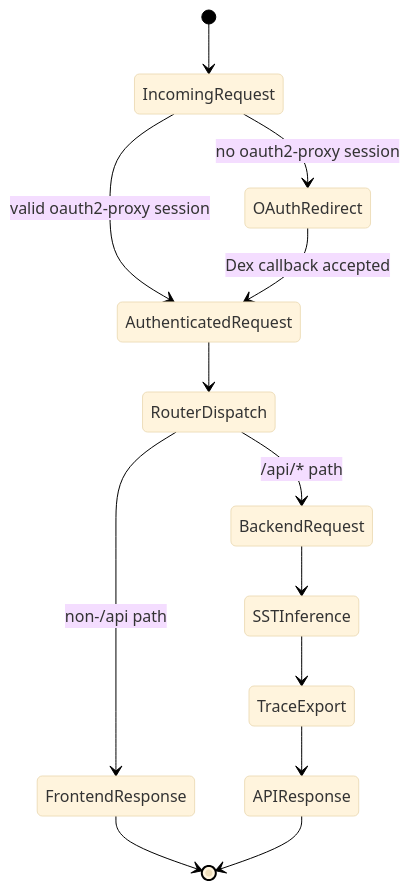
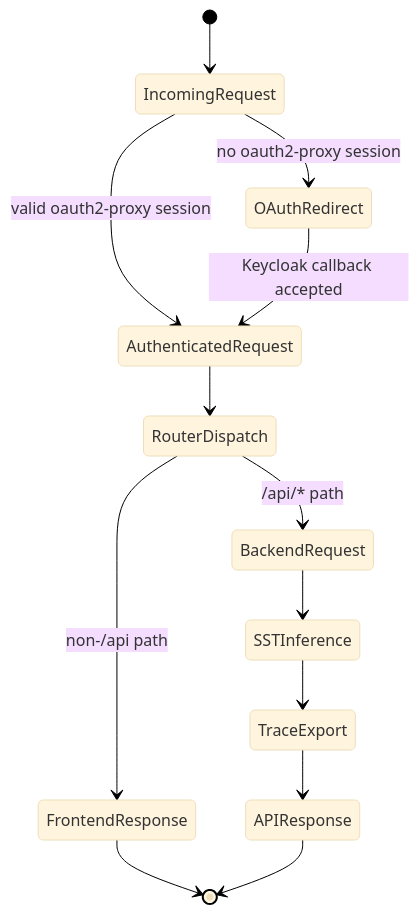
One commit to nickromney/platform changed the diagram in terraform/kubernetes/docs/diagrams/apps-c4/05-state-sentiment-backend-mode.mmd. Above: the diagram before and after it, drawn with Mermaid. The commit also changed 112 other files, not shown here.

```diff
--- a/terraform/kubernetes/docs/diagrams/apps-c4/05-state-sentiment-backend-mode.mmd
+++ b/terraform/kubernetes/docs/diagrams/apps-c4/05-state-sentiment-backend-mode.mmd
@@ -1,18 +1,18 @@
 %%{init: {"theme": "base", "themeVariables": {"background": "#ffffff"}}}%%
 stateDiagram-v2
     [*] --> IncomingRequest
 
     IncomingRequest --> OAuthRedirect : no oauth2-proxy session
     IncomingRequest --> AuthenticatedRequest : valid oauth2-proxy session
-    OAuthRedirect --> AuthenticatedRequest : Dex callback accepted
+    OAuthRedirect --> AuthenticatedRequest : Keycloak callback accepted
 
     AuthenticatedRequest --> RouterDispatch
     RouterDispatch --> FrontendResponse : non-/api path
     RouterDispatch --> BackendRequest : /api/* path
 
     BackendRequest --> SSTInference
     SSTInference --> TraceExport
     TraceExport --> APIResponse
 
     FrontendResponse --> [*]
     APIResponse --> [*]
```
